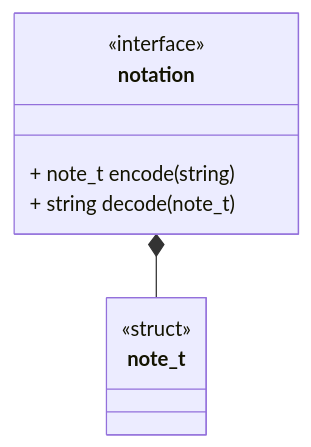
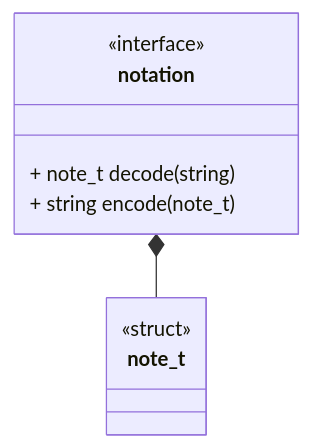
Before and after one commit to Uiowa-Applied-Topology/tanglenomicon_core_libraries: the diagram in docs/unit_description/notation-interface.md, drawn with Mermaid. The commit also changed other lines of this file and 19 other files, not shown here.

````diff
--- a/docs/unit_description/notation-interface.md
+++ b/docs/unit_description/notation-interface.md
@@ -3,14 +3,14 @@
 ```mermaid
 classDiagram
     notation *-- note_t
     class notation {
         <<interface>>
-        + note_t encode(string)
-        + string decode(note_t)
+        + note_t decode(string)
+        + string encode(note_t)
     }
 
     class note_t {
         <<struct>>
     }
 
 ```
````
